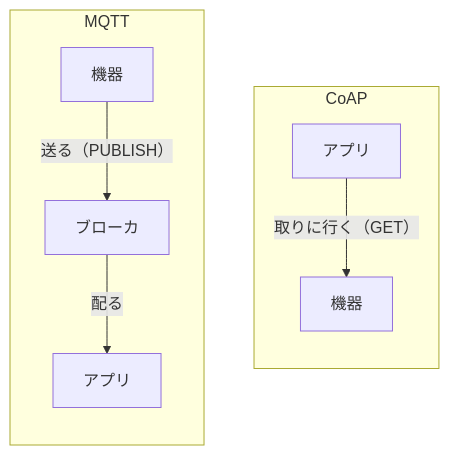
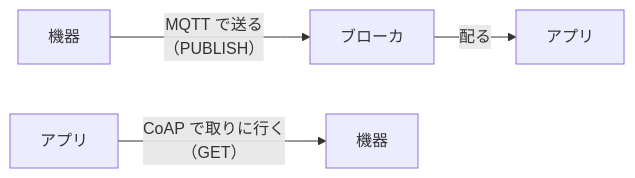
Before and after one commit to nnnaanaa/document: the eighth of 8 diagrams in network/protocol/iot.md, drawn with Mermaid. The commit also changed other lines of this file, not shown here.

Commit message:
IoT暗記シートの全体像と使い分けの図の形を整える

````diff
--- a/network/protocol/iot.md
+++ b/network/protocol/iot.md
@@ -271,13 +259,5 @@
 ```mermaid
 flowchart LR
-  subgraph MQ["MQTT"]
-    direction TB
-    m1["機器"] -- "送る（PUBLISH）" --> mb["ブローカ"]
-    mb -- "配る" --> ma["アプリ"]
-  end
-  subgraph CO["CoAP"]
-    direction TB
-    ca["アプリ"] -- "取りに行く（GET）" --> cm["機器"]
-  end
-  MQ ~~~ CO
+  m1["機器"] -- "MQTT で送る<br>（PUBLISH）" --> mb["ブローカ"] -- "配る" --> ma["アプリ"]
+  ca["アプリ"] -- "CoAP で取りに行く<br>（GET）" --> cm["機器"]
 ```
````
